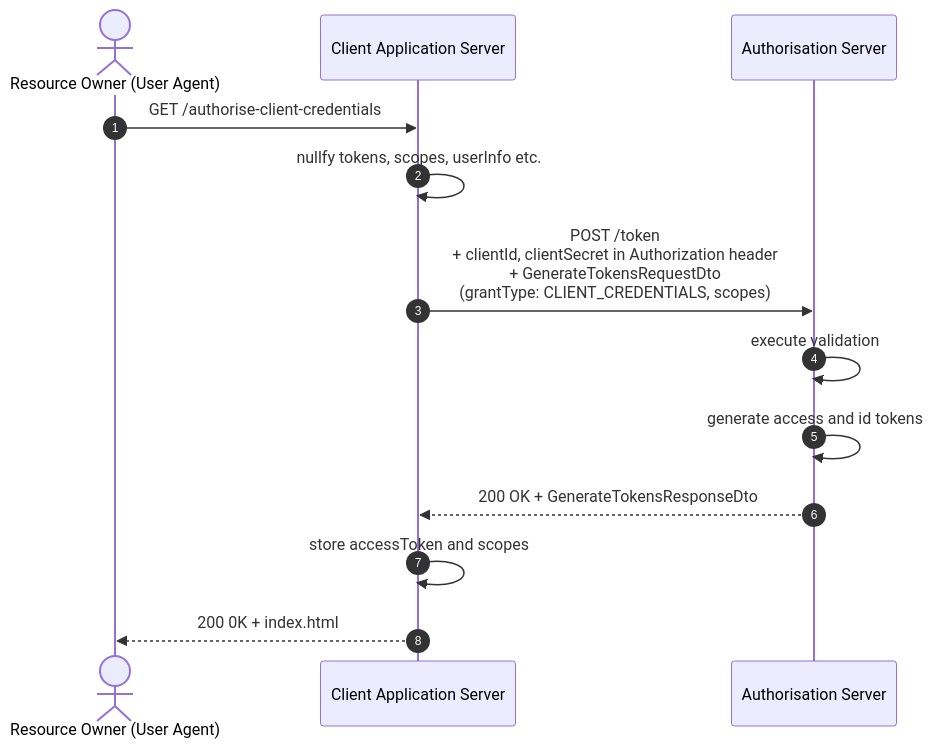
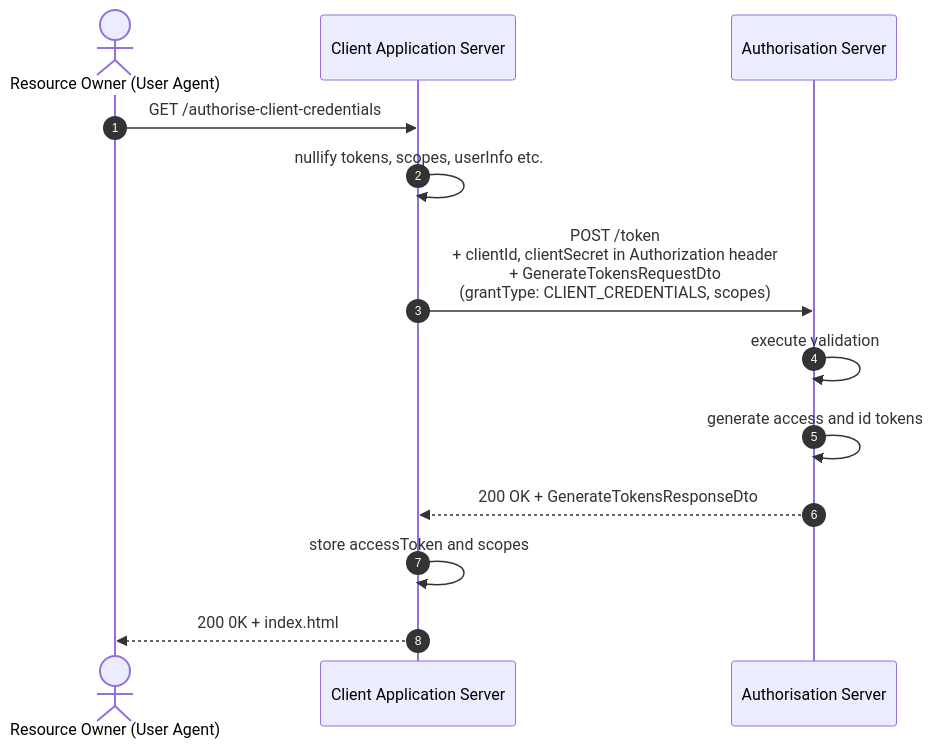
The diagram in docs/sequences/web_app/client_credentials_flow.md (xyzsince2014/tokyomap-oauth), drawn with Mermaid before and after one commit. The commit also changed 5 other files, not shown here.

Commit message:
corrected sequence diagrams

````diff
--- a/docs/sequences/web_app/client_credentials_flow.md
+++ b/docs/sequences/web_app/client_credentials_flow.md
@@ -1,18 +1,18 @@
 ```mermaid
 sequenceDiagram
 autonumber
 
 actor user as Resource Owner (User Agent)
 participant app as Client Application Server
 participant auth as Authorisation Server
 
 user->>app: GET /authorise-client-credentials
-app->>app: nullfy tokens, scopes, userInfo etc.
+app->>app: nullify tokens, scopes, userInfo etc.
 app->>auth: POST /token<br>+ clientId, clientSecret in Authorization header<br>+ GenerateTokensRequestDto<br>(grantType: CLIENT_CREDENTIALS, scopes)
 auth->>auth: execute validation
 auth->>auth: generate access and id tokens
 auth-->>app: 200 OK + GenerateTokensResponseDto
 app->>app: store accessToken and scopes
 app-->>user: 200 0K + index.html
 
 ```
````
